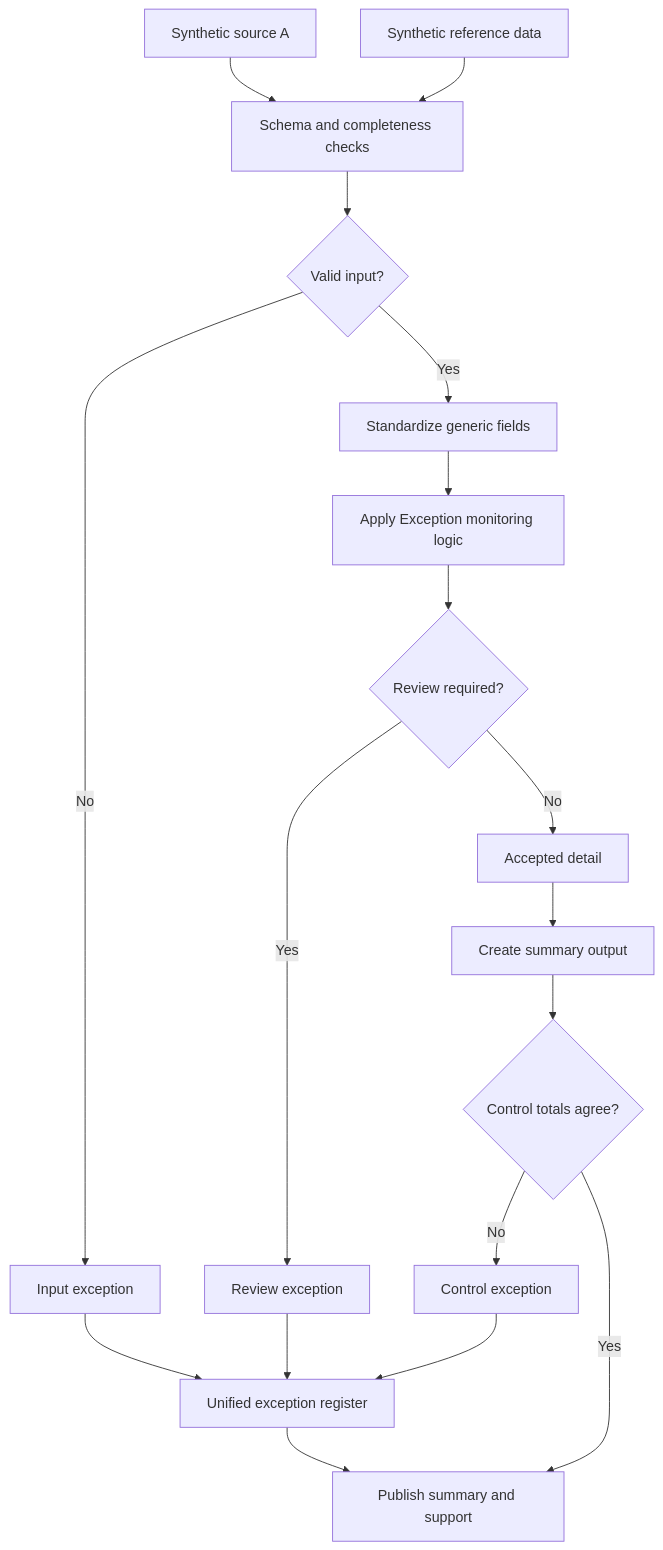
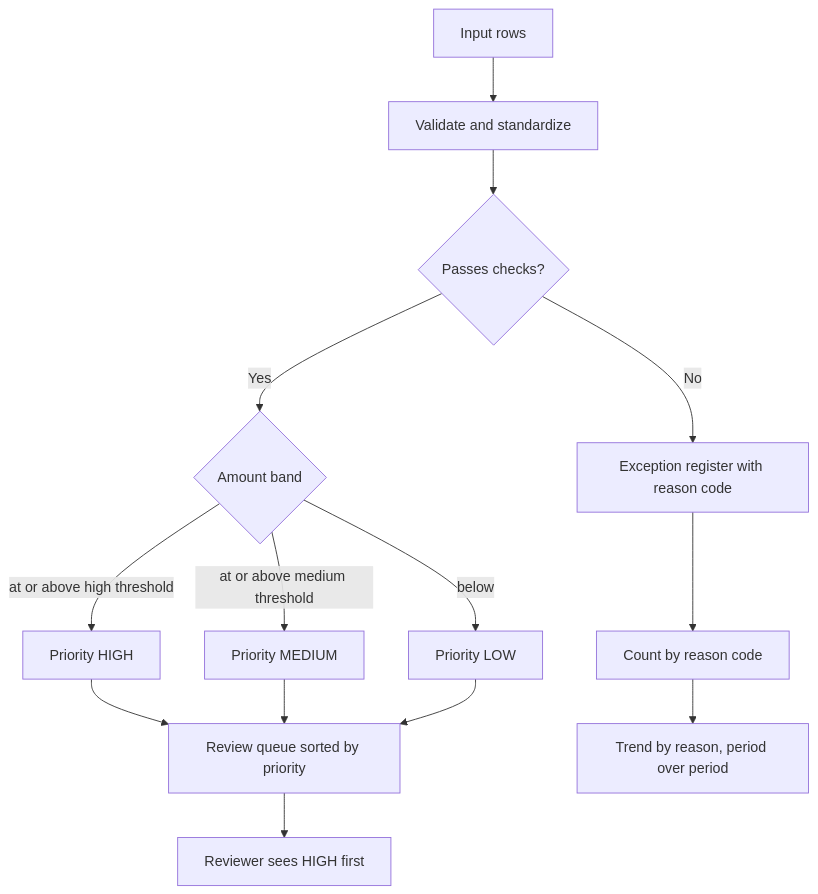
Before and after one commit to Erkzucr/automation-analytics-portfolio: the diagram in case-studies/04-exception-monitoring/README.md, drawn with Mermaid. The commit also changed 17 other files, not shown here.

````diff
--- a/case-studies/04-exception-monitoring/README.md
+++ b/case-studies/04-exception-monitoring/README.md
@@ -17,20 +17,16 @@
 ```mermaid
 flowchart TB
- A1[Synthetic source A] --> B[Schema and completeness checks]
- A2[Synthetic reference data] --> B
- B --> C{Valid input?}
- C -- No --> X1[Input exception]
- C -- Yes --> D[Standardize generic fields]
- D --> E[Apply Exception monitoring logic]
- E --> F{Review required?}
- F -- Yes --> X2[Review exception]
- F -- No --> G[Accepted detail]
- G --> H[Create summary output]
- H --> I{Control totals agree?}
- I -- No --> X3[Control exception]
- I -- Yes --> J[Publish summary and support]
- X1 --> K[Unified exception register]
- X2 --> K
- X3 --> K
- K --> J
+ I[Input rows] --> V[Validate and standardize]
+ V --> OK{Passes checks?}
+ OK -- No --> R[Exception register with reason code]
+ OK -- Yes --> B{Amount band}
+ B -- at or above high threshold --> H[Priority HIGH]
+ B -- at or above medium threshold --> M[Priority MEDIUM]
+ B -- below --> L[Priority LOW]
+ H --> Q[Review queue sorted by priority]
+ M --> Q
+ L --> Q
+ R --> C[Count by reason code]
+ C --> TR[Trend by reason, period over period]
+ Q --> OUT[Reviewer sees HIGH first]
 ```
````
